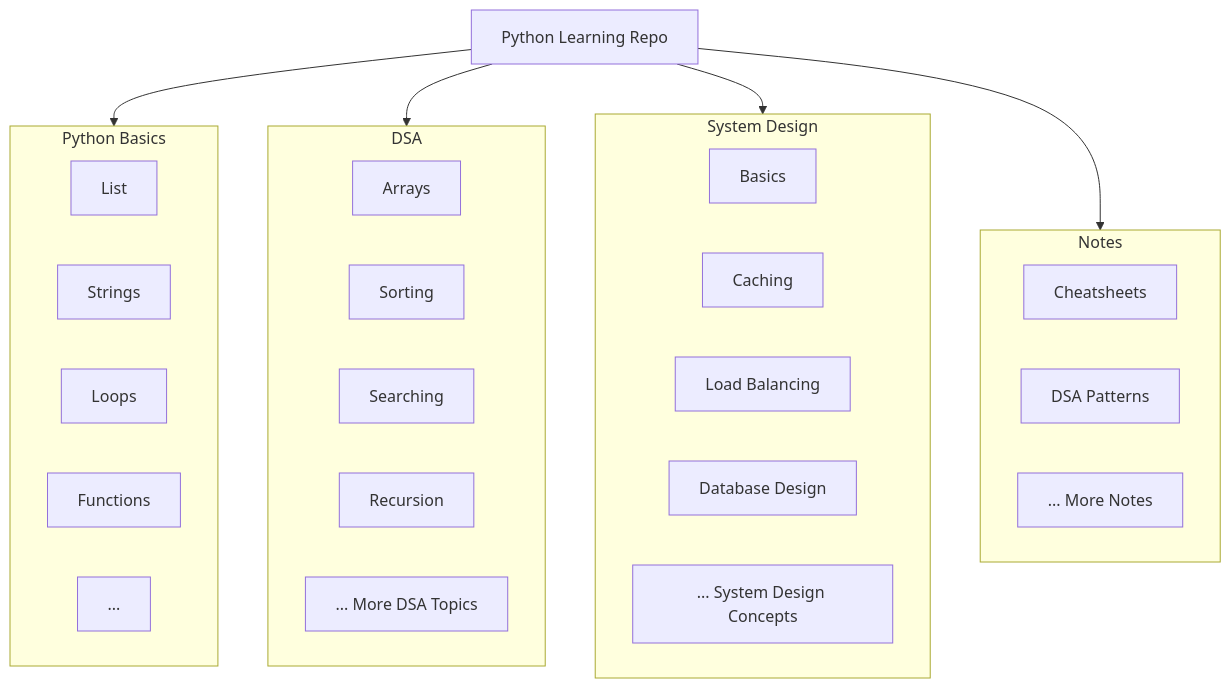
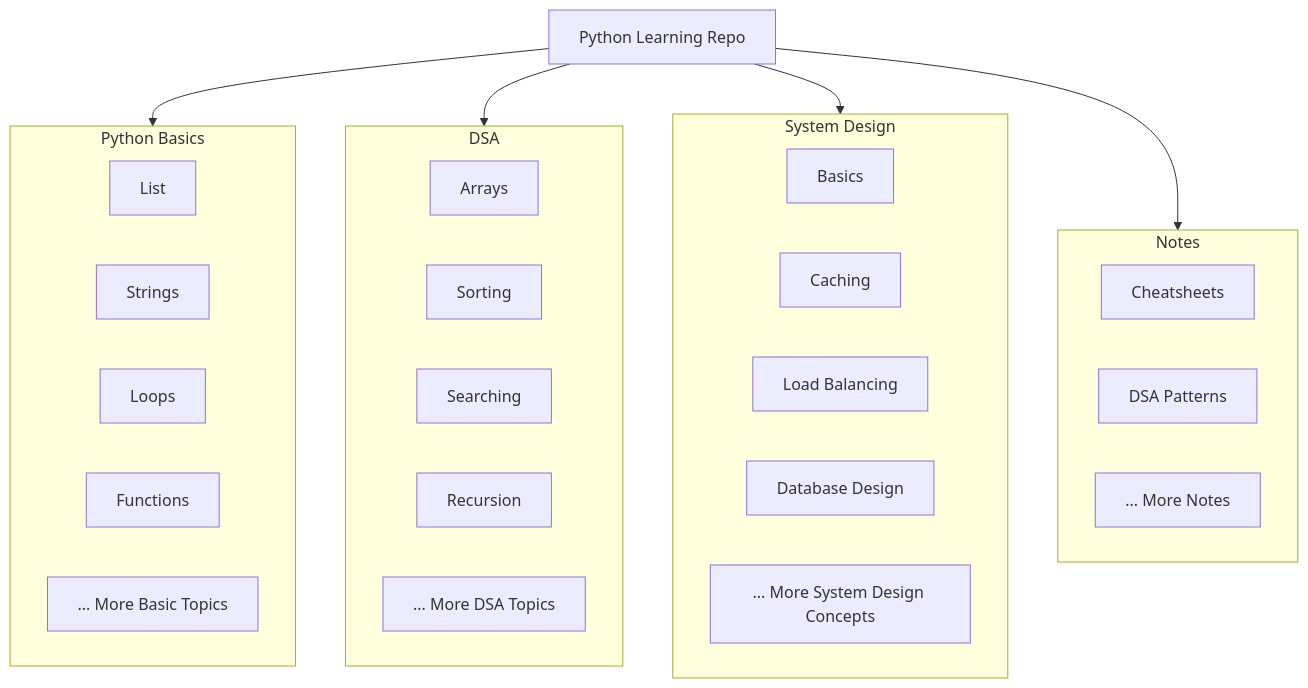
One commit to Anubhav990/python_basic_and_DSA changed the diagram in README.md. Above: the diagram before and after it, drawn with Mermaid.

Commit message:
initia commit

````diff
--- a/README.md
+++ b/README.md
@@ -1,41 +1,41 @@
 ```mermaid
 
 graph TB
     A[Python Learning Repo]
 
     subgraph B [Python Basics]
         B1[List]
         B2[Strings]
         B3[Loops]
         B4[Functions]
-        B5[...]
+        B5[... More Basic Topics]
     end
 
     subgraph C [DSA]
         C1[Arrays]
         C2[Sorting]
         C3[Searching]
         C4[Recursion]
         C5[... More DSA Topics]
     end
 
     subgraph D [System Design]
         D1[Basics]
         D2[Caching]
         D3[Load Balancing]
         D4[Database Design]
-        D5[... System Design Concepts]
+        D5[... More System Design Concepts]
     end
 
     subgraph E [Notes]
         E1[Cheatsheets]
         E2[DSA Patterns]
         E3[... More Notes]
     end
 
     A --> B
     A --> C
     A --> D
     A --> E
 
 ```
````
